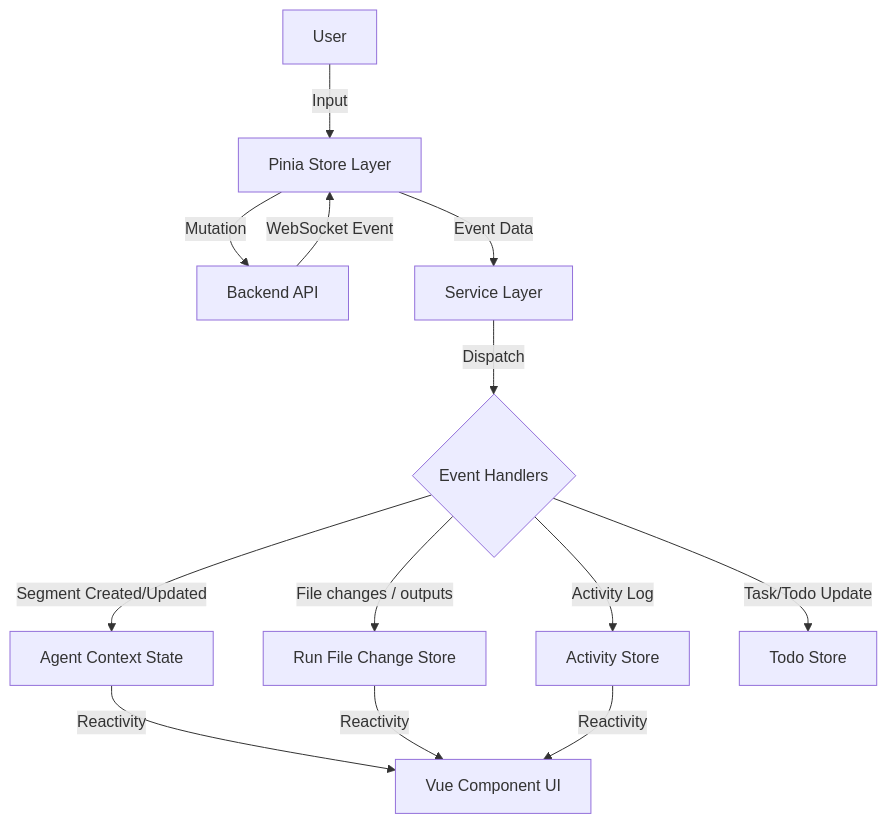
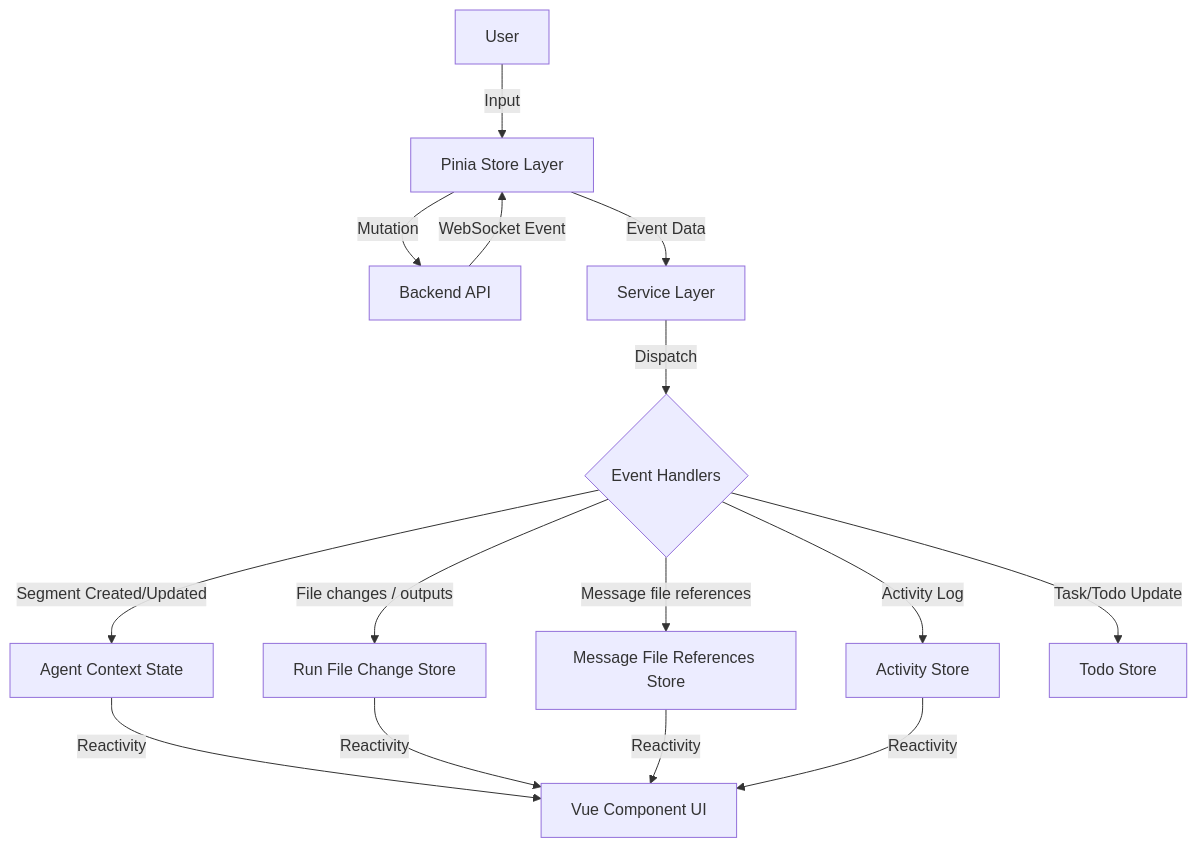
Before and after one commit to AutoByteus/autobyteus-workspace: the diagram in autobyteus-web/docs/agent_execution_architecture.md, drawn with Mermaid. The commit also changed other lines of this file and 74 other files, not shown here.

````diff
--- a/autobyteus-web/docs/agent_execution_architecture.md
+++ b/autobyteus-web/docs/agent_execution_architecture.md
@@ -13,18 +13,20 @@
 ```mermaid
 graph TD
     User-->|Input| Store[Pinia Store Layer]
     Store-->|Mutation| Backend[Backend API]
     Backend-->|WebSocket Event| Store
     Store-->|Event Data| Service[Service Layer]
 
     Service-->|Dispatch| Handler{Event Handlers}
 
     Handler-->|Segment Created/Updated| Context[Agent Context State]
     Handler-->|File changes / outputs| RunFileChangeStore[Run File Change Store]
+    Handler-->|Message file references| MessageReferenceStore[Message File References Store]
     Handler-->|Activity Log| ActivityStore[Activity Store]
     Handler-->|Task/Todo Update| TodoStore[Todo Store]
 
     Context-->|Reactivity| UI[Vue Component UI]
     RunFileChangeStore-->|Reactivity| UI
+    MessageReferenceStore-->|Reactivity| UI
     ActivityStore-->|Reactivity| UI
 ```
````
